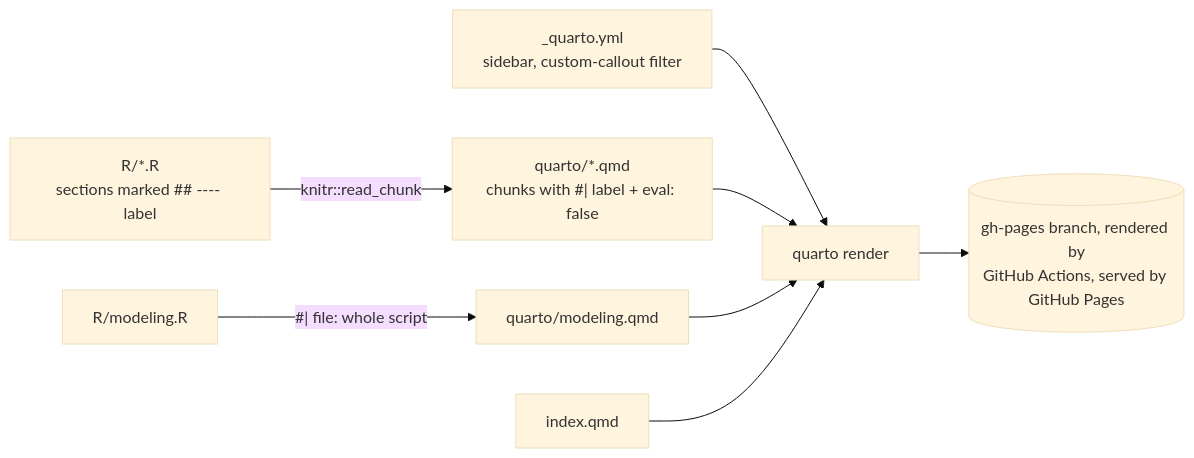
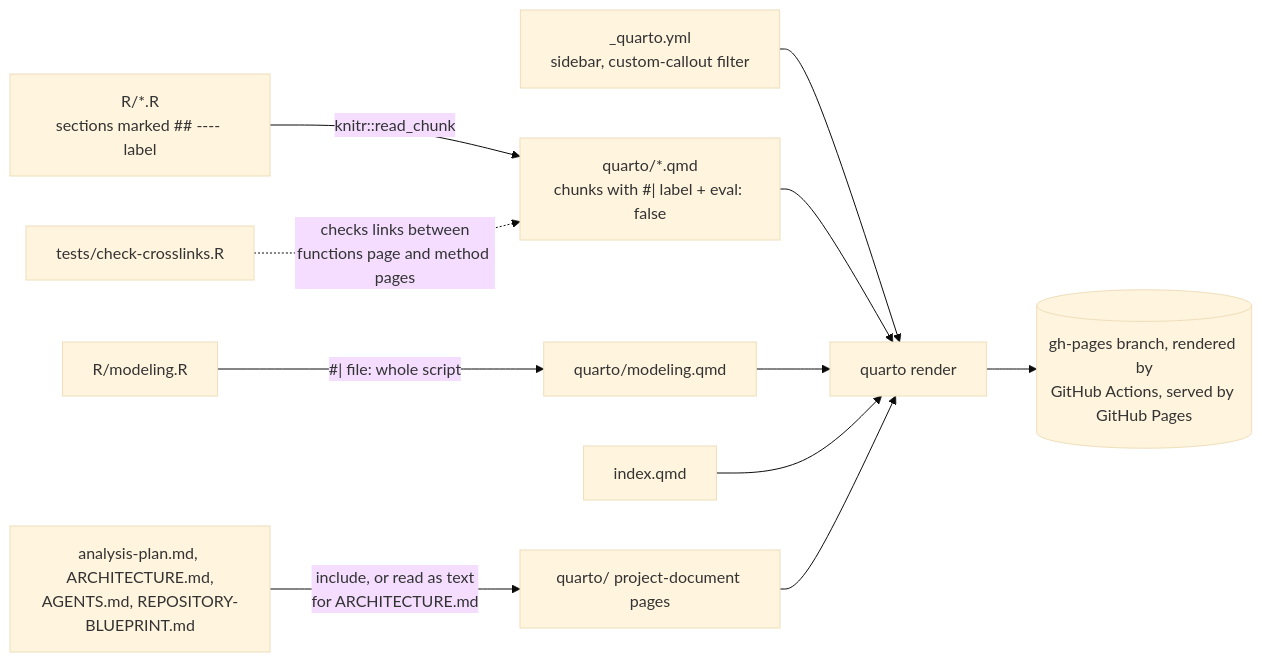
The fifth of 5 diagrams in ARCHITECTURE.md (VagishHemmige/Cryptococcus-cost-analysis), drawn with Mermaid (base theme) before and after one commit. The commit also changed other lines of this file and 2 other files, not shown here.

First line of the commit message:
Check the cross-links in the workflow; document both changes

````diff
--- a/ARCHITECTURE.md
+++ b/ARCHITECTURE.md
@@ -201,10 +201,13 @@
 ```mermaid
 flowchart LR
     RS["R/*.R<br/>sections marked ## ---- label"] -->|knitr::read_chunk| Q["quarto/*.qmd<br/>chunks with #| label + eval: false"]
     RM[R/modeling.R] -->|"#| file: whole script"| QM[quarto/modeling.qmd]
     Y[_quarto.yml<br/>sidebar, custom-callout filter] --> REN[quarto render]
     Q --> REN
     QM --> REN
     IX[index.qmd] --> REN
+    PD["analysis-plan.md, ARCHITECTURE.md,<br/>AGENTS.md, REPOSITORY-BLUEPRINT.md"] -->|include, or read as text<br/>for ARCHITECTURE.md| QD[quarto/ project-document pages]
+    QD --> REN
+    CK[tests/check-crosslinks.R] -.->|checks links between<br/>functions page and method pages| Q
     REN --> DOCS[(gh-pages branch, rendered by<br/>GitHub Actions, served by GitHub Pages)]
 ```
````
